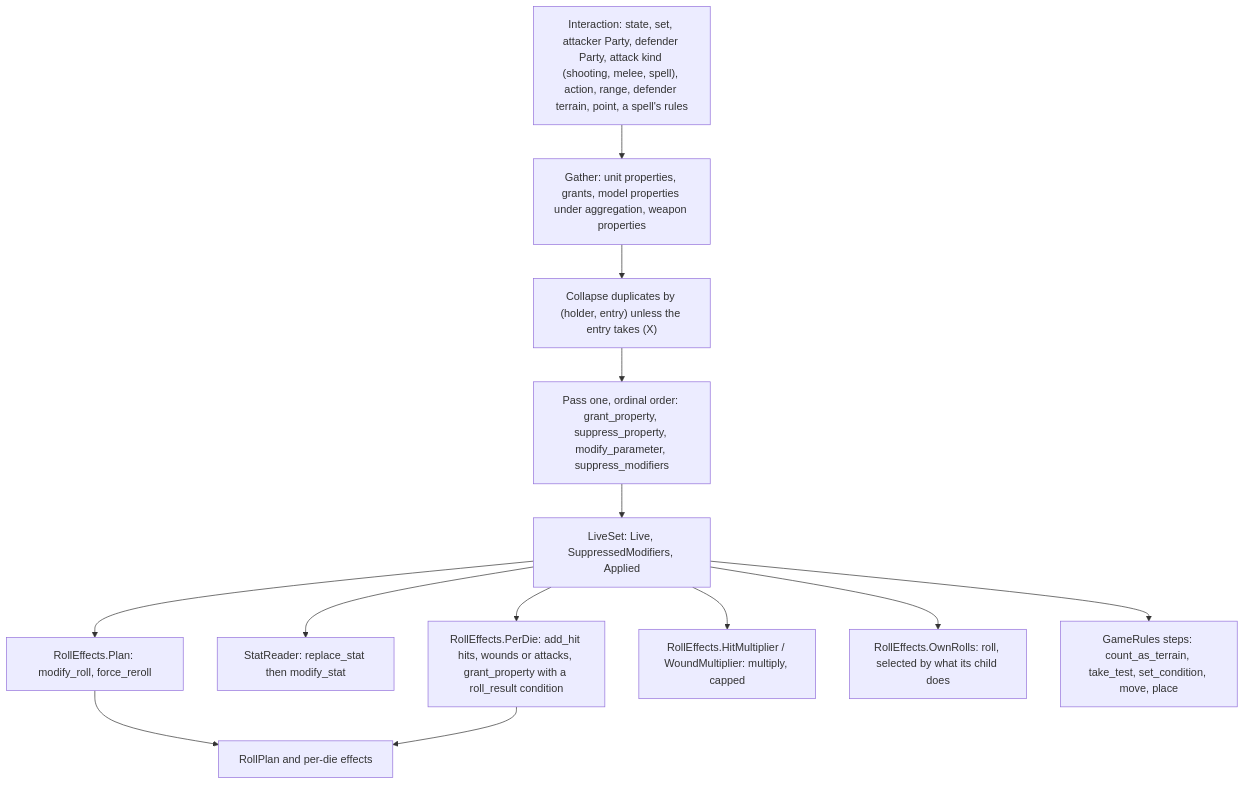
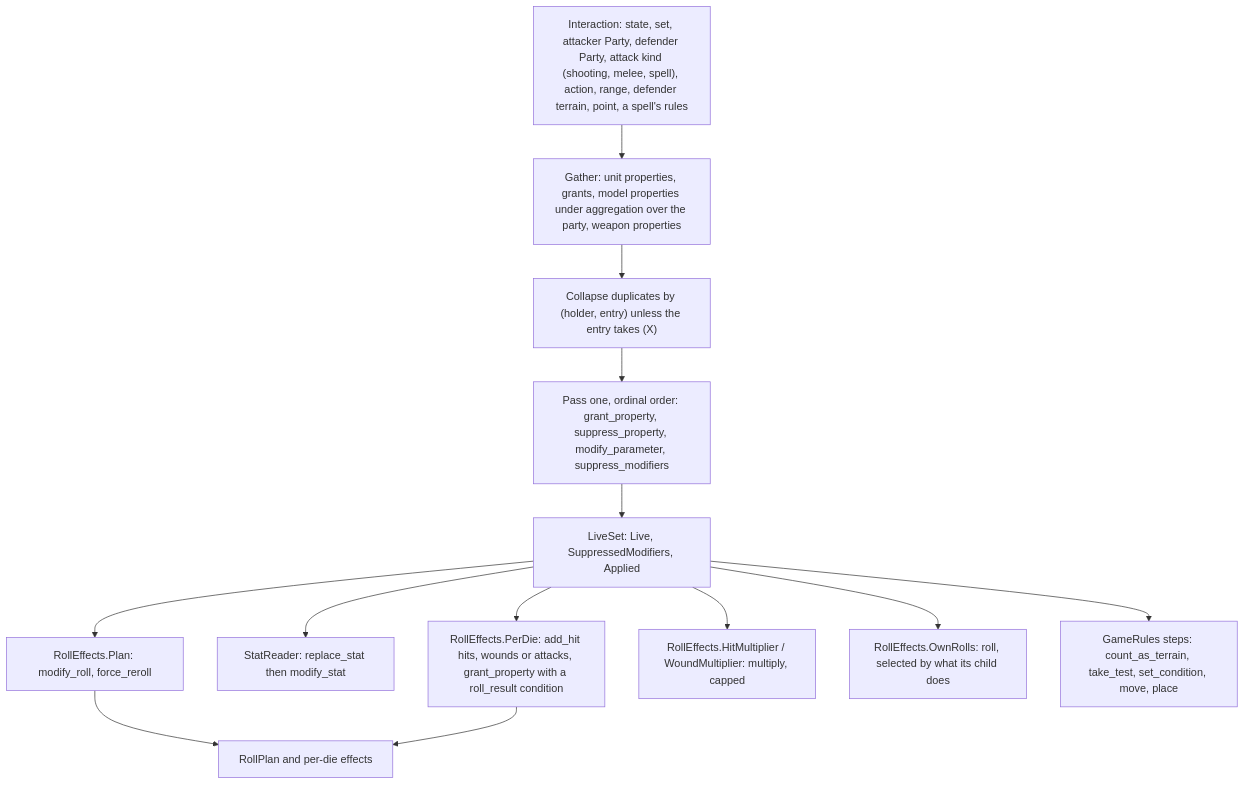
Before and after one commit to cstupi/tabletop: the second of 5 diagrams in docs/design/interpreter/resolution.md, drawn with Mermaid. The commit also changed other lines of this file and 74 other files, not shown here.

````diff
--- a/docs/design/interpreter/resolution.md
+++ b/docs/design/interpreter/resolution.md
@@ -83,23 +83,23 @@
 ```mermaid
 flowchart TD
     ix["Interaction: state, set, attacker Party, defender Party, attack kind (shooting, melee, spell), action, range, defender terrain, point, a spell's rules"]
-    gather["Gather: unit properties, grants, model properties under aggregation, weapon properties"]
+    gather["Gather: unit properties, grants, model properties under aggregation over the party, weapon properties"]
     collapse["Collapse duplicates by (holder, entry) unless the entry takes (X)"]
     pass1["Pass one, ordinal order: grant_property, suppress_property, modify_parameter, suppress_modifiers"]
     ls["LiveSet: Live, SuppressedModifiers, Applied"]
     pass2a["RollEffects.Plan: modify_roll, force_reroll"]
     pass2b["StatReader: replace_stat then modify_stat"]
     pass2c["RollEffects.PerDie: add_hit hits, wounds or attacks, grant_property with a roll_result condition"]
     pass2d["RollEffects.HitMultiplier / WoundMultiplier: multiply, capped"]
     pass2e["RollEffects.OwnRolls: roll, selected by what its child does"]
     pass2f["GameRules steps: count_as_terrain, take_test, set_condition, move, place"]
     plan["RollPlan and per-die effects"]
 
     ix --> gather --> collapse --> pass1 --> ls
     ls --> pass2a --> plan
     ls --> pass2b
     ls --> pass2c --> plan
     ls --> pass2d
     ls --> pass2e
     ls --> pass2f
 ```
````
